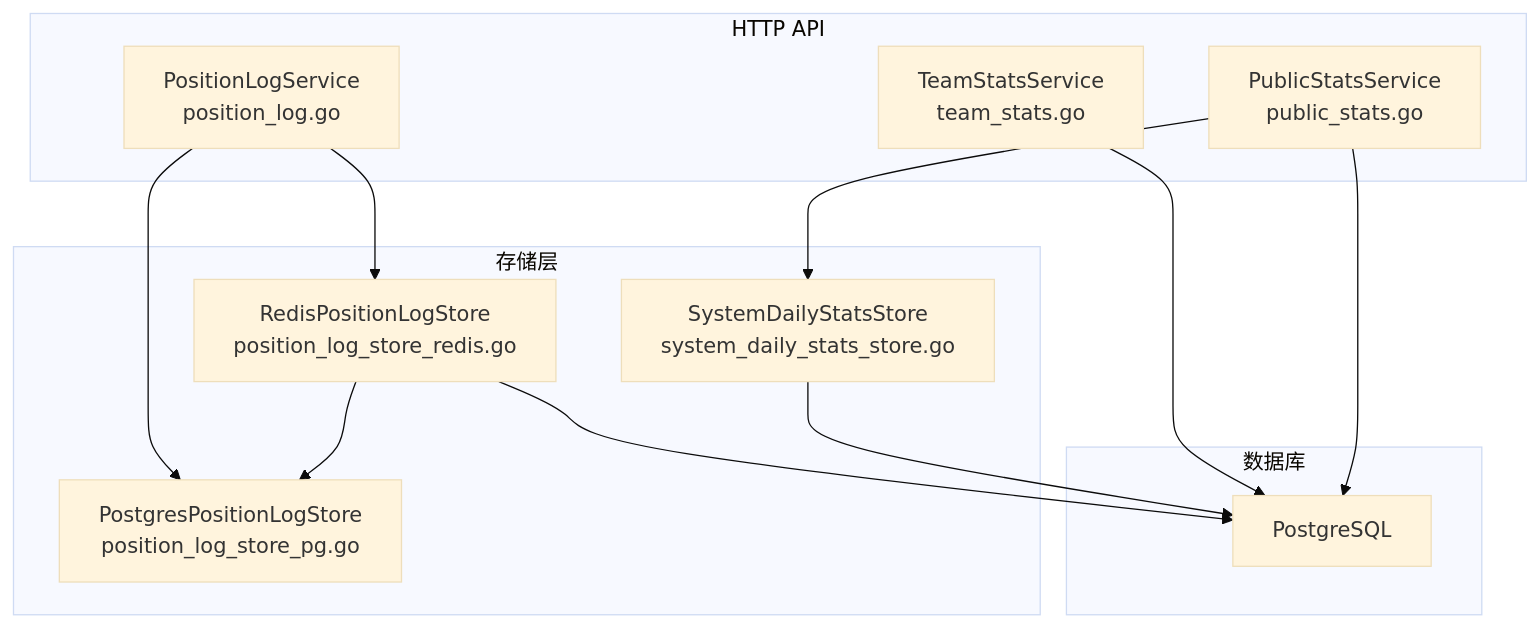
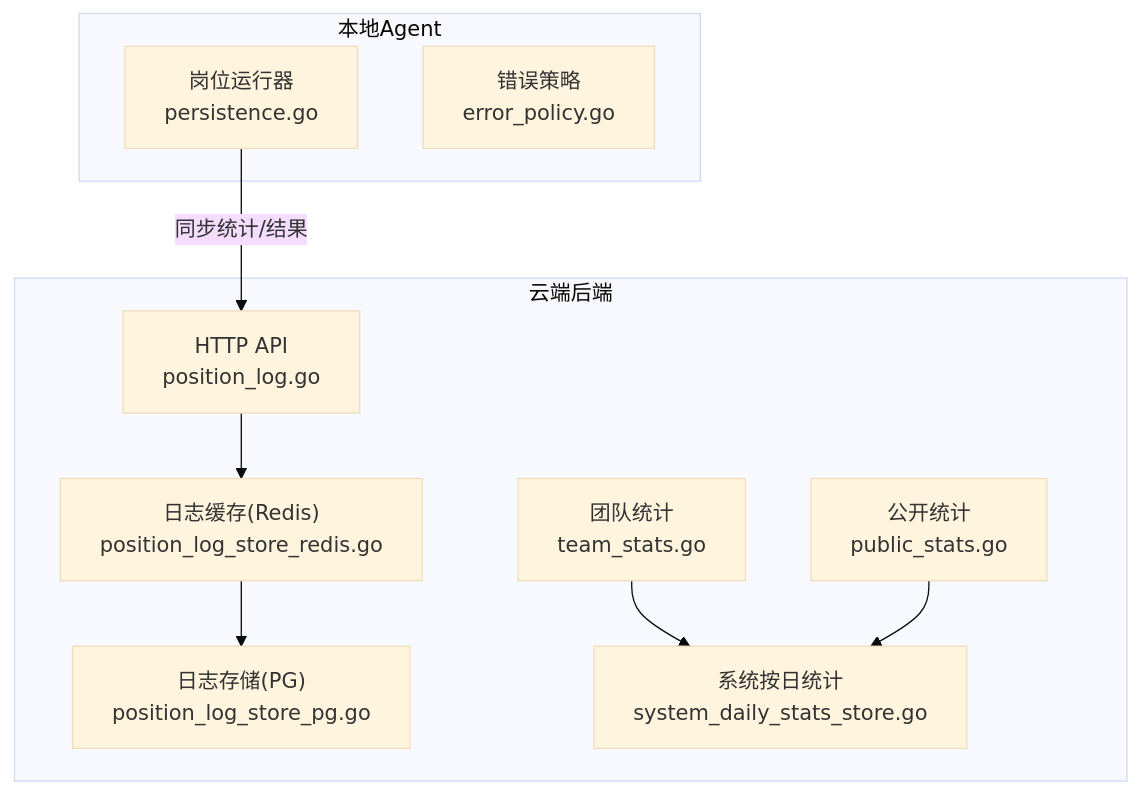
One commit to alvinwangzi/goodhr changed the first of 10 diagrams in .qoder/repowiki/zh/content/云端后端服务/岗位运行管理/岗位监控统计.md. Above: the diagram before and after it, drawn with Mermaid (base theme). The commit also changed other lines of this file and 149 other files, not shown here.

````diff
--- a/.qoder/repowiki/zh/content/云端后端服务/岗位运行管理/岗位监控统计.md
+++ b/.qoder/repowiki/zh/content/云端后端服务/岗位运行管理/岗位监控统计.md
@@ -46,24 +39,20 @@
 ```mermaid
 graph TB
-subgraph "HTTP API"
-A["PositionLogService<br/>position_log.go"]
-B["TeamStatsService<br/>team_stats.go"]
-C["PublicStatsService<br/>public_stats.go"]
+subgraph "云端后端"
+A["HTTP API<br/>position_log.go"]
+B["日志存储(PG)<br/>position_log_store_pg.go"]
+C["日志缓存(Redis)<br/>position_log_store_redis.go"]
+D["系统按日统计<br/>system_daily_stats_store.go"]
+E["团队统计<br/>team_stats.go"]
+F["公开统计<br/>public_stats.go"]
 end
-subgraph "存储层"
-R["RedisPositionLogStore<br/>position_log_store_redis.go"]
-P["PostgresPositionLogStore<br/>position_log_store_pg.go"]
-D["SystemDailyStatsStore<br/>system_daily_stats_store.go"]
+subgraph "本地Agent"
+G["岗位运行器<br/>persistence.go"]
+H["错误策略<br/>error_policy.go"]
 end
-subgraph "数据库"
-PG["PostgreSQL"]
-end
-A --> R
-A --> P
-B --> PG
-C --> D
-C --> PG
-R --> P
-R --> PG
-D --> PG
+G --> |同步统计/结果| A
+A --> C
+C --> B
+E --> D
+F --> D
 ```
````
